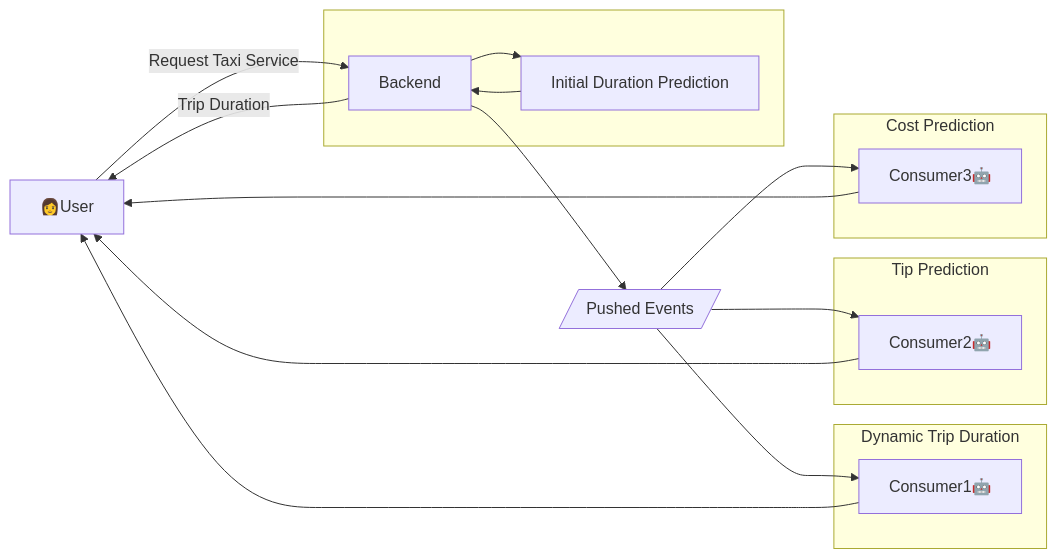
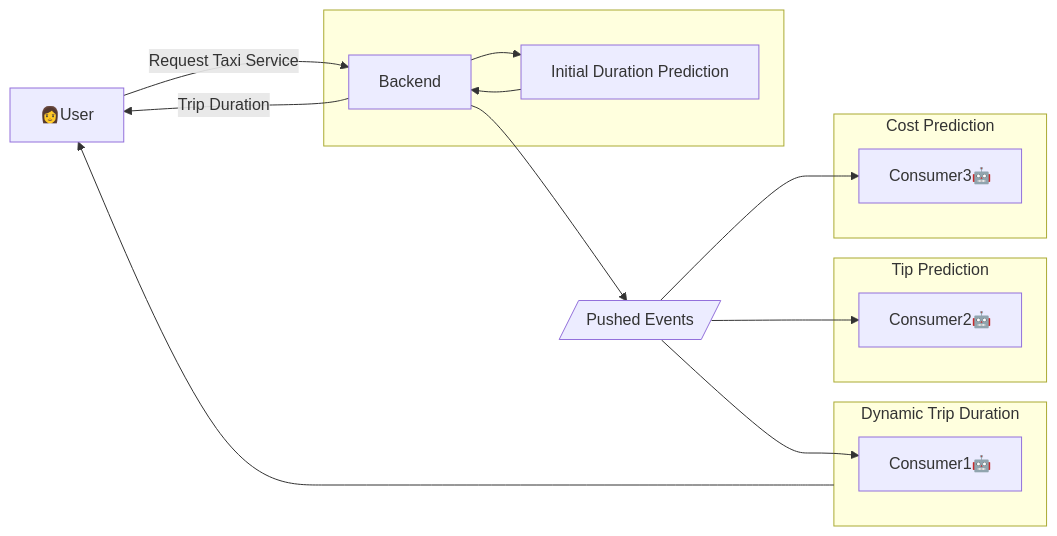
The fifth of 5 diagrams in week04/README.md (mossdet/mlops-dlp), drawn with Mermaid before and after one commit.

````diff
--- a/week04/README.md
+++ b/week04/README.md
@@ -72,23 +72,24 @@
 ```mermaid
 graph LR
     User[👩User]--> |Request Taxi Service| Backend[Backend]
     Backend--> |Trip Duration| User
     Backend--> Events[/Pushed Events/]
     Events --> Consumer1[Consumer1🤖] & Consumer2[Consumer2🤖] & Consumer3[Consumer3🤖]
-    Consumer1[Consumer1🤖] & Consumer2[Consumer2🤖] & Consumer3[Consumer3🤖] --> User
 
     subgraph noteBackend [" "]
         Backend--> note["Initial Duration Prediction"]--> Backend
     end
 
     subgraph noteConsumer1 ["Dynamic Trip Duration"]
         Consumer1
     end
     subgraph noteConsumer2 ["Tip Prediction"]
         Consumer2
     end
     subgraph noteConsumer3 ["Cost Prediction"]
         Consumer3
     end
 
+    noteConsumer1-->User
+
 ```
````
